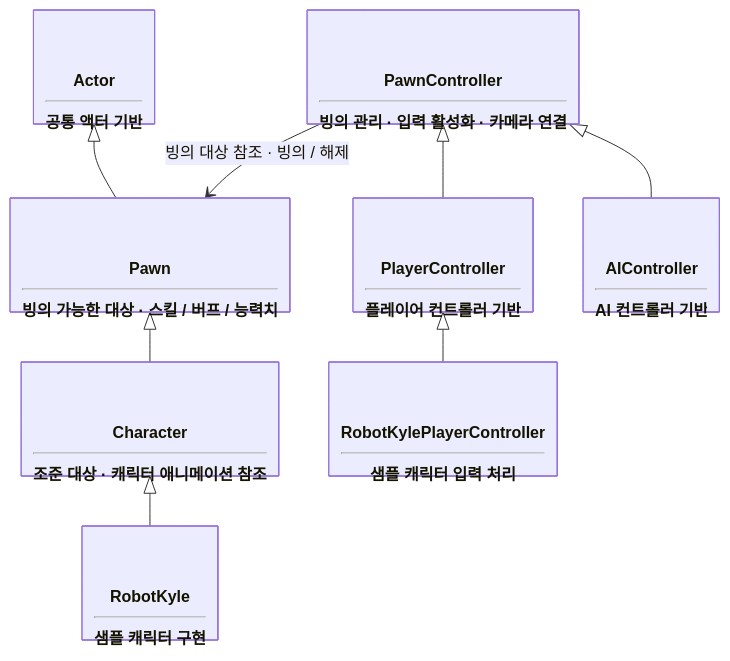
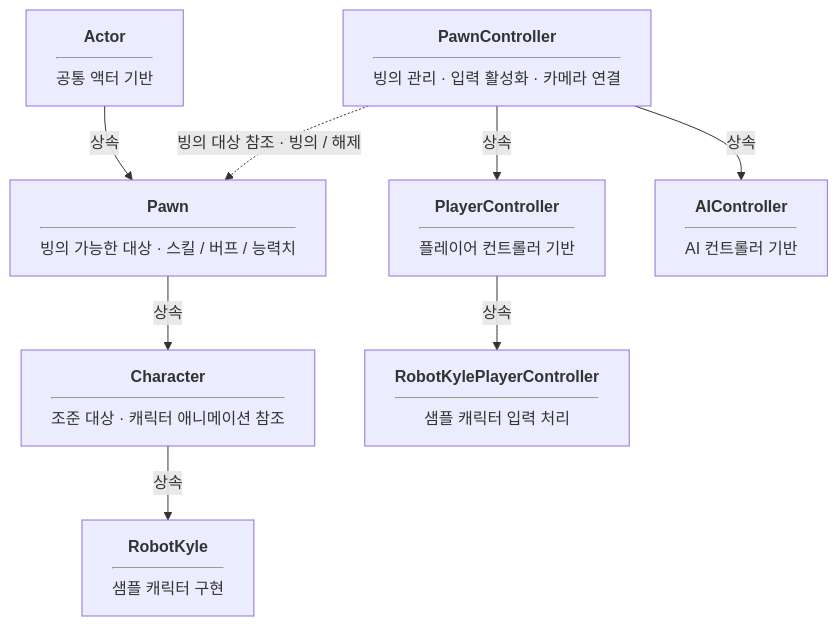
One commit to MDJ0126/FrameworkForUnity changed the diagram in README.md. Above: the diagram before and after it, drawn with Mermaid. The commit also changed other lines of this file, not shown here.

Commit message:
수정

````diff
--- a/README.md
+++ b/README.md
@@ -34,24 +34,24 @@
 ```mermaid
 ---
 config:
-  class:
+  flowchart:
     htmlLabels: true
-    hideEmptyMembersBox: true
+    wrappingWidth: 420
 ---
-classDiagram
-    Actor <|-- Pawn
-    Pawn <|-- Character
-    Character <|-- RobotKyle
-    PawnController <|-- PlayerController
-    PawnController <|-- AIController
-    PlayerController <|-- RobotKylePlayerController
-    PawnController --> Pawn : 빙의 대상 참조 · 빙의 / 해제
-    class Actor["<br/><b>Actor</b><hr/><span style='font-weight:normal'>공통 액터 기반</span>"]
-    class Pawn["<br/><b>Pawn</b><hr/><span style='font-weight:normal'>빙의 가능한 대상 · 스킬 / 버프 / 능력치</span>"]
-    class Character["<br/><b>Character</b><hr/><span style='font-weight:normal'>조준 대상 · 캐릭터 애니메이션 참조</span>"]
-    class RobotKyle["<br/><b>RobotKyle</b><hr/><span style='font-weight:normal'>샘플 캐릭터 구현</span>"]
-    class PawnController["<br/><b>PawnController</b><hr/><span style='font-weight:normal'>빙의 관리 · 입력 활성화 · 카메라 연결</span>"]
-    class PlayerController["<br/><b>PlayerController</b><hr/><span style='font-weight:normal'>플레이어 컨트롤러 기반</span>"]
-    class AIController["<br/><b>AIController</b><hr/><span style='font-weight:normal'>AI 컨트롤러 기반</span>"]
-    class RobotKylePlayerController["<br/><b>RobotKylePlayerController</b><hr/><span style='font-weight:normal'>샘플 캐릭터 입력 처리</span>"]
+flowchart TB
+    Actor -->|상속| Pawn
+    Pawn -->|상속| Character
+    Character -->|상속| RobotKyle
+    PawnController -->|상속| PlayerController
+    PawnController -->|상속| AIController
+    PlayerController -->|상속| RobotKylePlayerController
+    PawnController -.->|빙의 대상 참조 · 빙의 / 해제| Pawn
+    Actor["<b>Actor</b><hr/>공통 액터 기반"]
+    Pawn["<b>Pawn</b><hr/>빙의 가능한 대상 · 스킬 / 버프 / 능력치"]
+    Character["<b>Character</b><hr/>조준 대상 · 캐릭터 애니메이션 참조"]
+    RobotKyle["<b>RobotKyle</b><hr/>샘플 캐릭터 구현"]
+    PawnController["<b>PawnController</b><hr/>빙의 관리 · 입력 활성화 · 카메라 연결"]
+    PlayerController["<b>PlayerController</b><hr/>플레이어 컨트롤러 기반"]
+    AIController["<b>AIController</b><hr/>AI 컨트롤러 기반"]
+    RobotKylePlayerController["<b>RobotKylePlayerController</b><hr/>샘플 캐릭터 입력 처리"]
 ```
````
